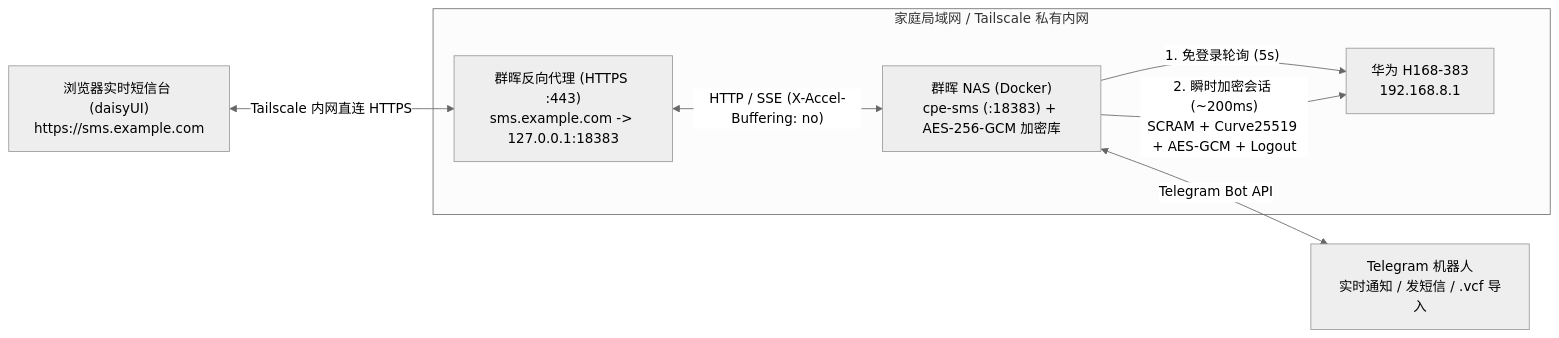
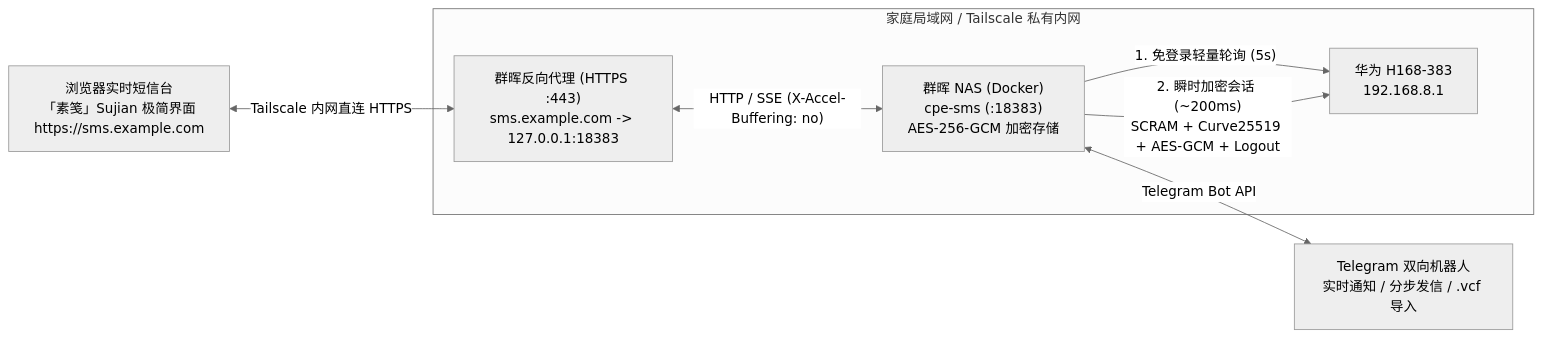
The diagram in README.md (cky008/cpe-sms), drawn with Mermaid (neutral theme) before and after one commit. The commit also changed other lines of this file, not shown here.

Commit message:
docs(readme): optimize layout with shields badges, sujian showcase, and ci guide

````diff
--- a/README.md
+++ b/README.md
@@ -29,17 +92,17 @@
 ```mermaid
 flowchart LR
     subgraph LAN["家庭局域网 / Tailscale 私有内网"]
         CPE["华为 H168-383<br/>192.168.8.1"]
-        NAS["群晖 NAS (Docker)<br/>cpe-sms (:18383) + AES-256-GCM 加密库"]
+        NAS["群晖 NAS (Docker)<br/>cpe-sms (:18383)<br/>AES-256-GCM 加密存储"]
         RP["群晖反向代理 (HTTPS :443)<br/>sms.example.com -> 127.0.0.1:18383"]
     end
 
-    WEB["浏览器实时短信台 (daisyUI)<br/>https://sms.example.com"]
-    TG["Telegram 机器人<br/>实时通知 / 发短信 / .vcf 导入"]
+    WEB["浏览器实时短信台<br/>「素笺」Sujian 极简界面<br/>https://sms.example.com"]
+    TG["Telegram 双向机器人<br/>实时通知 / 分步发信 / .vcf 导入"]
 
-    NAS -- "1. 免登录轮询 (5s)" --> CPE
+    NAS -- "1. 免登录轻量轮询 (5s)" --> CPE
     NAS -- "2. 瞬时加密会话 (~200ms)<br/>SCRAM + Curve25519 + AES-GCM + Logout" --> CPE
     RP <-- "HTTP / SSE (X-Accel-Buffering: no)" --> NAS
     WEB <-- "Tailscale 内网直连 HTTPS" --> RP
     NAS <-- "Telegram Bot API" --> TG
 ```
````
